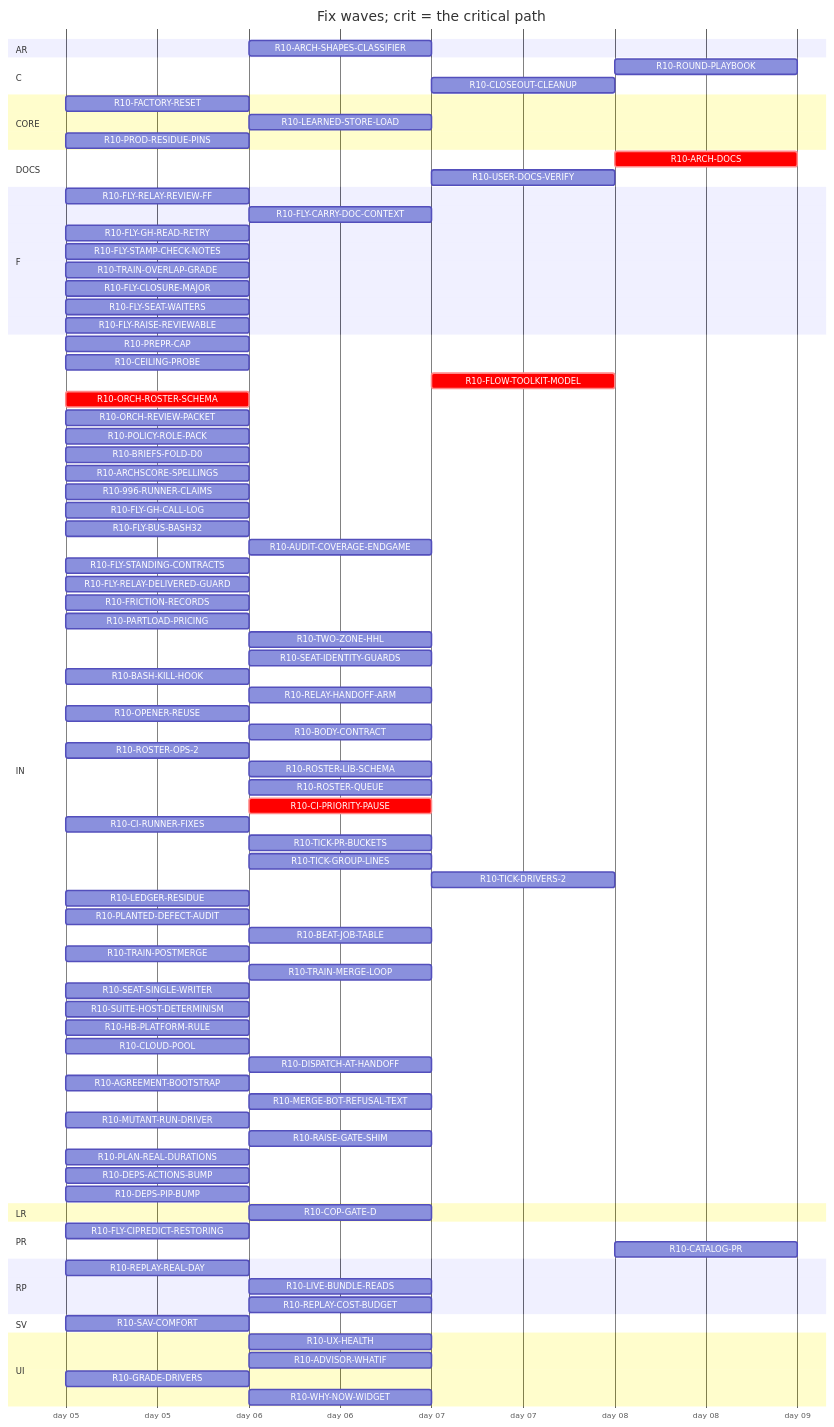
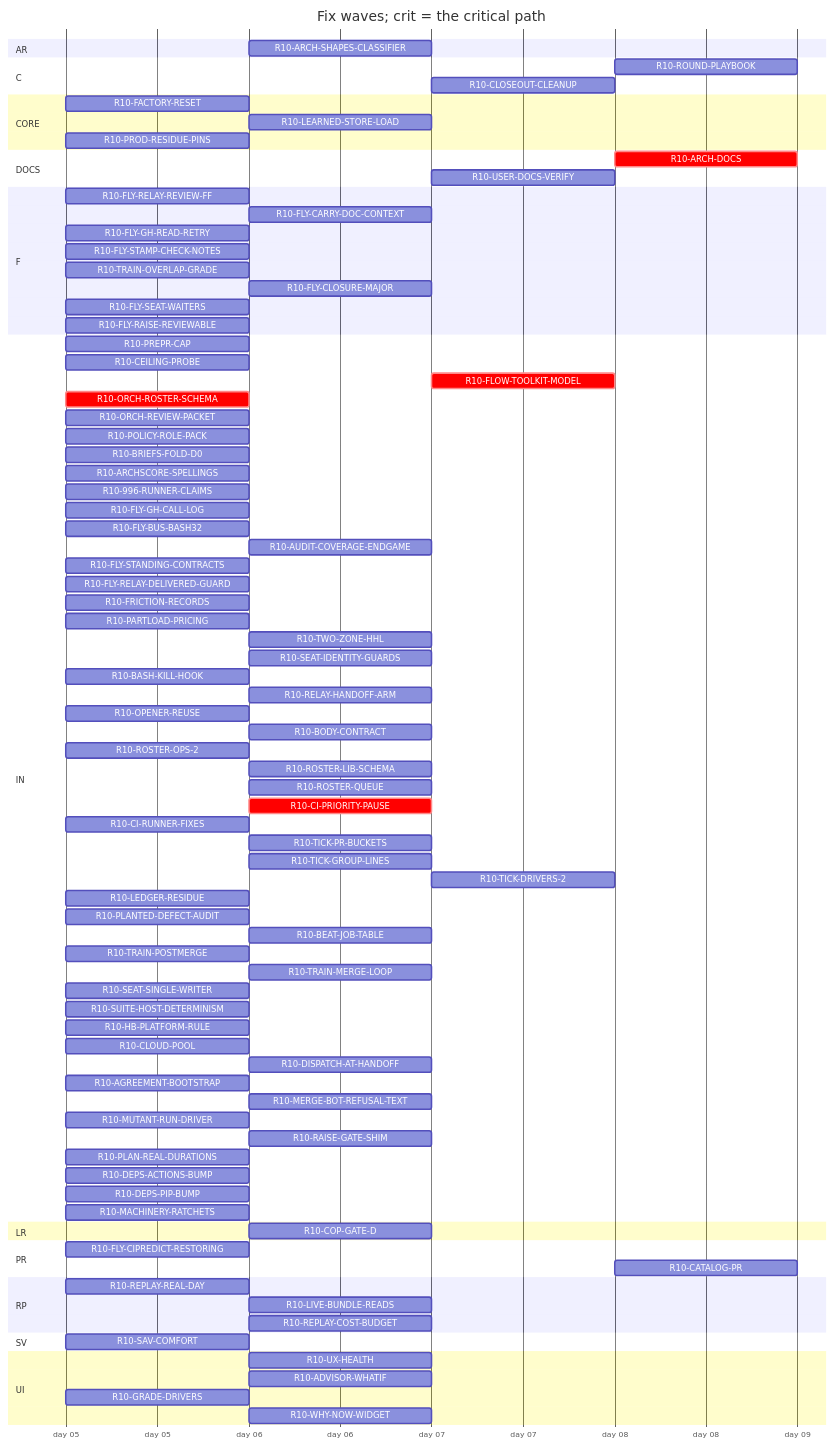
One commit to tvofi/heatpump_optimizer changed the diagram in handoff/round10/state/PLAN-TABLE.md. Above: the diagram before and after it, drawn with Mermaid. The commit also changed other lines of this file and 4 other files, not shown here.

Commit message:
state: FLOW-BOARD.md, NEXT-SESSION-PROMPT.md, PLAN-TABLE.md, PLAN.html, RESUME-CURRENT.md regenerated (state_docs.py)

```diff
--- a/handoff/round10/state/PLAN-TABLE.md
+++ b/handoff/round10/state/PLAN-TABLE.md
@@ -44,7 +44,7 @@
     R10-FLY-GH-READ-RETRY :r10FLYGHREADRETRY, 2026-01-05, 1d
     R10-FLY-STAMP-CHECK-NOTES :r10FLYSTAMPCHECKNOTES, 2026-01-05, 1d
     R10-TRAIN-OVERLAP-GRADE :r10TRAINOVERLAPGRADE, 2026-01-05, 1d
-    R10-FLY-CLOSURE-MAJOR :r10FLYCLOSUREMAJOR, 2026-01-05, 1d
+    R10-FLY-CLOSURE-MAJOR :r10FLYCLOSUREMAJOR, after r10MACHINERYRATCHETS, 1d
     R10-FLY-SEAT-WAITERS :r10FLYSEATWAITERS, 2026-01-05, 1d
     R10-FLY-RAISE-REVIEWABLE :r10FLYRAISEREVIEWABLE, 2026-01-05, 1d
   section IN
@@ -95,6 +95,7 @@
     R10-PLAN-REAL-DURATIONS :r10PLANREALDURATIONS, 2026-01-05, 1d
     R10-DEPS-ACTIONS-BUMP :r10DEPSACTIONSBUMP, 2026-01-05, 1d
     R10-DEPS-PIP-BUMP :r10DEPSPIPBUMP, 2026-01-05, 1d
+    R10-MACHINERY-RATCHETS :r10MACHINERYRATCHETS, 2026-01-05, 1d
   section LR
     R10-COP-GATE-D :r10COPGATED, after r10CEILINGPROBE, 1d
   section PR
```
